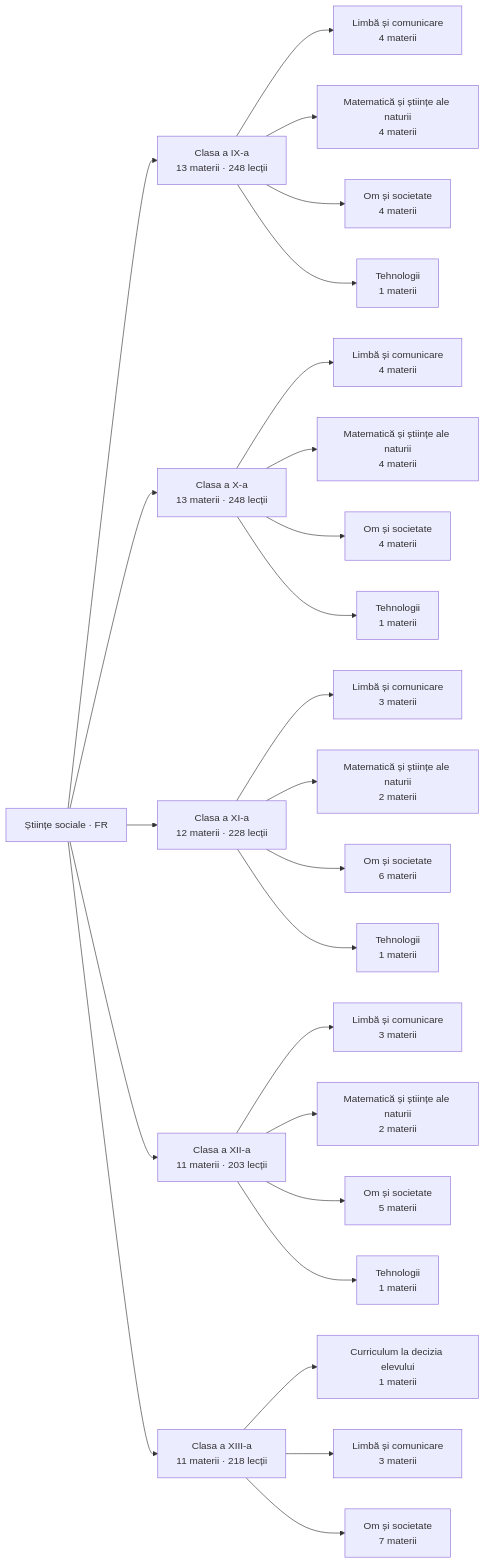
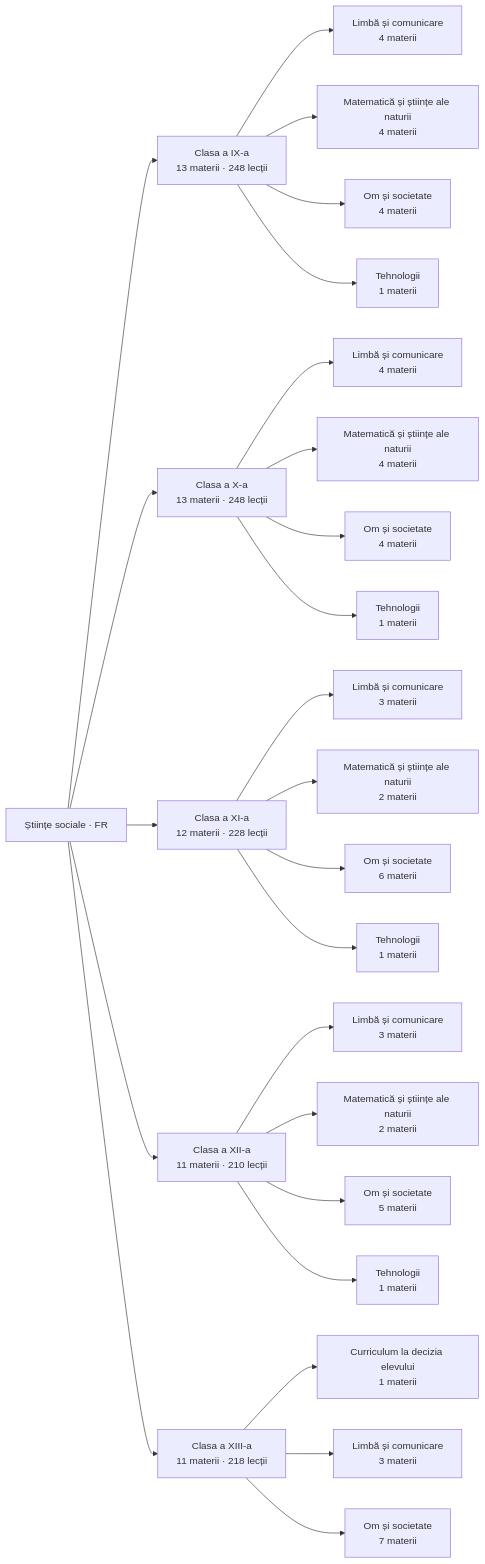
The diagram in vault/Hartă de învățare.md (almeueste777-ops/Stiinte01), drawn with Mermaid before and after one commit. The commit also changed other lines of this file and 22 other files, not shown here.

Commit message:
Graphify: regenerez vault-ul Obsidian din date

````diff
--- a/vault/Hartă de învățare.md
+++ b/vault/Hartă de învățare.md
@@ -10,52 +10,52 @@
 ```mermaid
 graph LR
   P["Științe sociale · FR"]
   C0["Clasa a IX-a<br/>13 materii · 248 lecții"]
   P --> C0
   A0_0["Limbă și comunicare<br/>4 materii"]
   C0 --> A0_0
   A0_1["Matematică și științe ale naturii<br/>4 materii"]
   C0 --> A0_1
   A0_2["Om și societate<br/>4 materii"]
   C0 --> A0_2
   A0_3["Tehnologii<br/>1 materii"]
   C0 --> A0_3
   C1["Clasa a X-a<br/>13 materii · 248 lecții"]
   P --> C1
   A1_0["Limbă și comunicare<br/>4 materii"]
   C1 --> A1_0
   A1_1["Matematică și științe ale naturii<br/>4 materii"]
   C1 --> A1_1
   A1_2["Om și societate<br/>4 materii"]
   C1 --> A1_2
   A1_3["Tehnologii<br/>1 materii"]
   C1 --> A1_3
   C2["Clasa a XI-a<br/>12 materii · 228 lecții"]
   P --> C2
   A2_0["Limbă și comunicare<br/>3 materii"]
   C2 --> A2_0
   A2_1["Matematică și științe ale naturii<br/>2 materii"]
   C2 --> A2_1
   A2_2["Om și societate<br/>6 materii"]
   C2 --> A2_2
   A2_3["Tehnologii<br/>1 materii"]
   C2 --> A2_3
-  C3["Clasa a XII-a<br/>11 materii · 203 lecții"]
+  C3["Clasa a XII-a<br/>11 materii · 210 lecții"]
   P --> C3
   A3_0["Limbă și comunicare<br/>3 materii"]
   C3 --> A3_0
   A3_1["Matematică și științe ale naturii<br/>2 materii"]
   C3 --> A3_1
   A3_2["Om și societate<br/>5 materii"]
   C3 --> A3_2
   A3_3["Tehnologii<br/>1 materii"]
   C3 --> A3_3
   C4["Clasa a XIII-a<br/>11 materii · 218 lecții"]
   P --> C4
   A4_0["Curriculum la decizia elevului<br/>1 materii"]
   C4 --> A4_0
   A4_1["Limbă și comunicare<br/>3 materii"]
   C4 --> A4_1
   A4_2["Om și societate<br/>7 materii"]
   C4 --> A4_2
 ```
````
